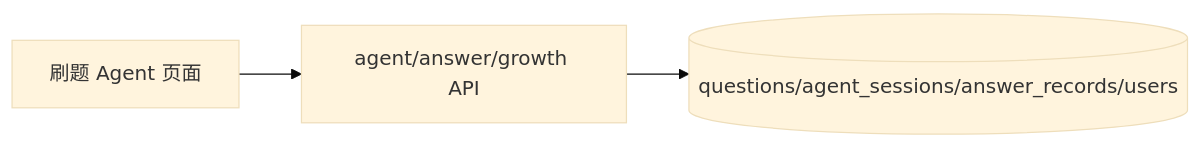
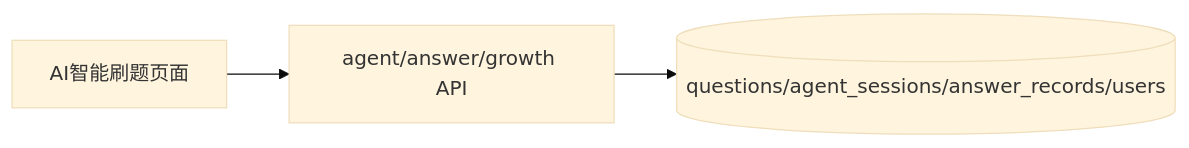
Before and after one commit to Earth-OL-Player/ai_learn_project: the diagram in doc/3.迭代文档/sprint202605/2.当期设计方案.md, drawn with Mermaid (base theme). The commit also changed other lines of this file and 27 other files, not shown here.

````diff
--- a/doc/3.迭代文档/sprint202605/2.当期设计方案.md
+++ b/doc/3.迭代文档/sprint202605/2.当期设计方案.md
@@ -12,5 +12,5 @@
 ```mermaid
 flowchart LR
-    web["刷题 Agent 页面"] --> backend["agent/answer/growth API"]
+    web["AI智能刷题页面"] --> backend["agent/answer/growth API"]
     backend --> mysql[("questions/agent_sessions/answer_records/users")]
 ```
````
